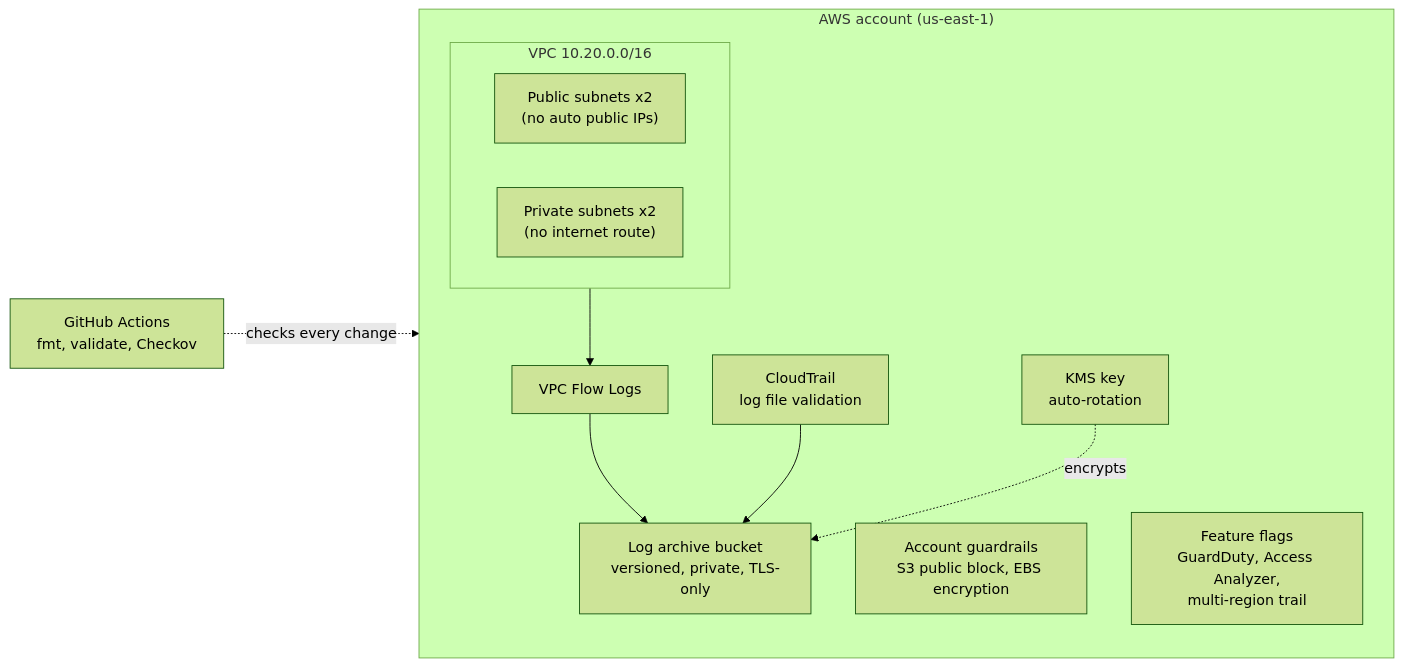
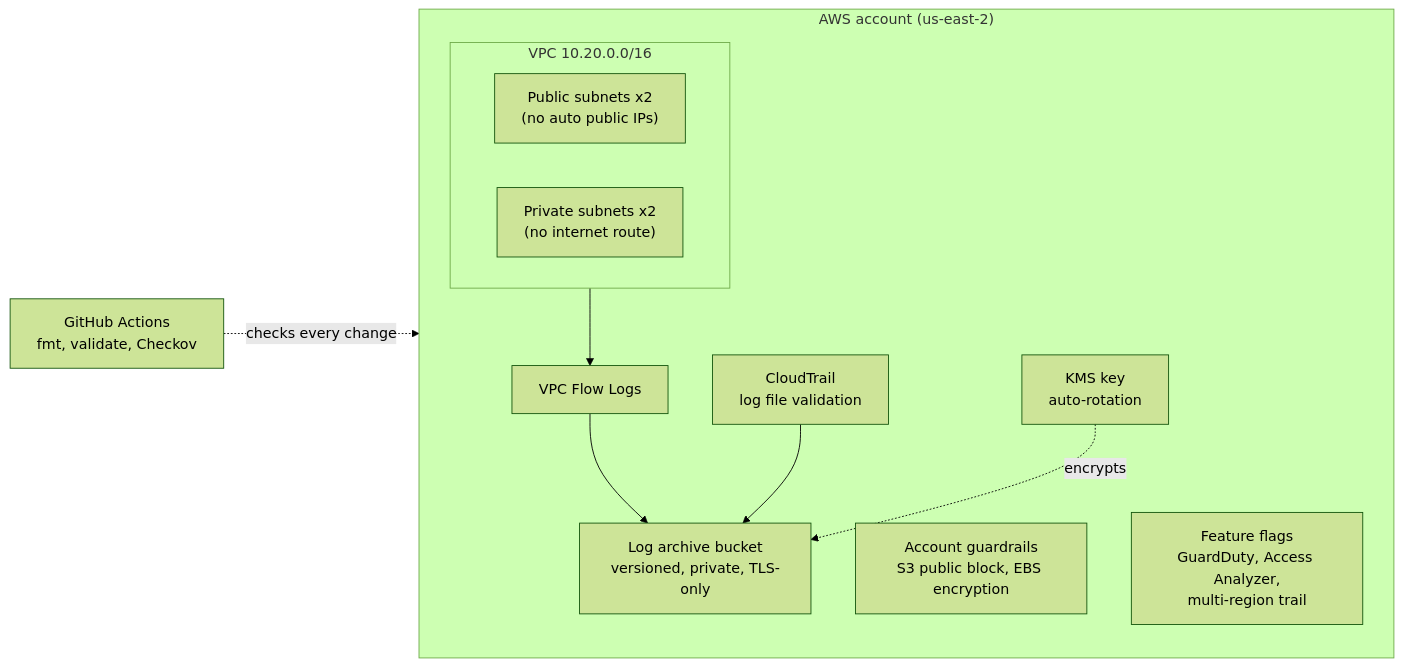
One commit to ShabangTech/aws-hipaa-landing-zone changed the diagram in README.md. Above: the diagram before and after it, drawn with Mermaid (forest theme). The commit also changed 6 other files, not shown here.

````diff
--- a/README.md
+++ b/README.md
@@ -11,19 +11,19 @@
 ```mermaid
 flowchart LR
-    subgraph Account["AWS account (us-east-1)"]
+    subgraph Account["AWS account (us-east-2)"]
         subgraph VPC["VPC 10.20.0.0/16"]
             PUB["Public subnets x2<br/>(no auto public IPs)"]
             PRIV["Private subnets x2<br/>(no internet route)"]
         end
         CT["CloudTrail<br/>log file validation"]
         FL["VPC Flow Logs"]
         KMS["KMS key<br/>auto-rotation"]
         S3["Log archive bucket<br/>versioned, private, TLS-only"]
         BASE["Account guardrails<br/>S3 public block, EBS encryption"]
         OPT["Feature flags<br/>GuardDuty, Access Analyzer,<br/>multi-region trail"]
     end
     VPC --> FL --> S3
     CT --> S3
     KMS -. encrypts .-> S3
     GH["GitHub Actions<br/>fmt, validate, Checkov"] -. checks every change .-> Account
 ```
````
